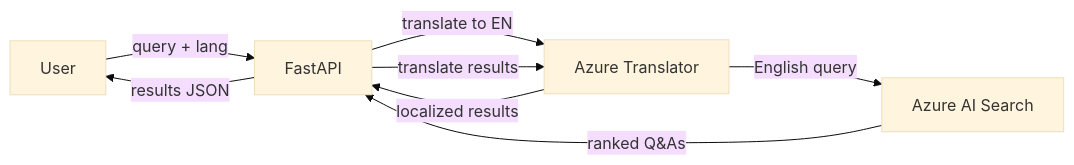
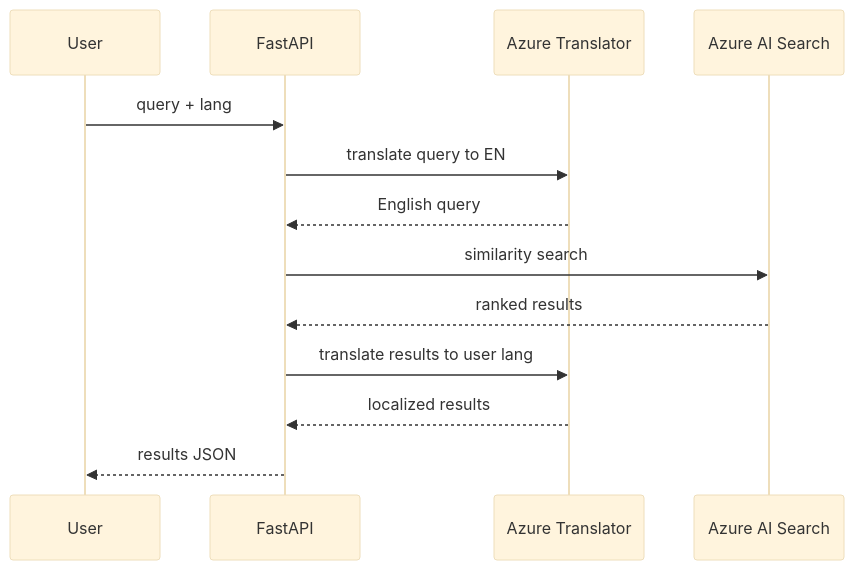
The first of 2 diagrams in README.md (rodekruis/hia-search), drawn with Mermaid (base theme) before and after one commit. The commit also changed other lines of this file, not shown here.

````diff
--- a/README.md
+++ b/README.md
@@ -17,10 +17,16 @@
 ```mermaid
-flowchart LR
-    User -->|query + lang| API[FastAPI]
-    API -->|translate to EN| T[Azure Translator]
-    T -->|English query| VS[Azure AI Search]
-    VS -->|ranked Q&As| API
-    API -->|translate results| T
-    T -->|localized results| API
-    API -->|results JSON| User
+sequenceDiagram
+    participant User
+    participant API as FastAPI
+    participant T as Azure Translator
+    participant VS as Azure AI Search
+
+    User->>API: query + lang
+    API->>T: translate query to EN
+    T-->>API: English query
+    API->>VS: similarity search
+    VS-->>API: ranked results
+    API->>T: translate results to user lang
+    T-->>API: localized results
+    API-->>User: results JSON
 ```
````
